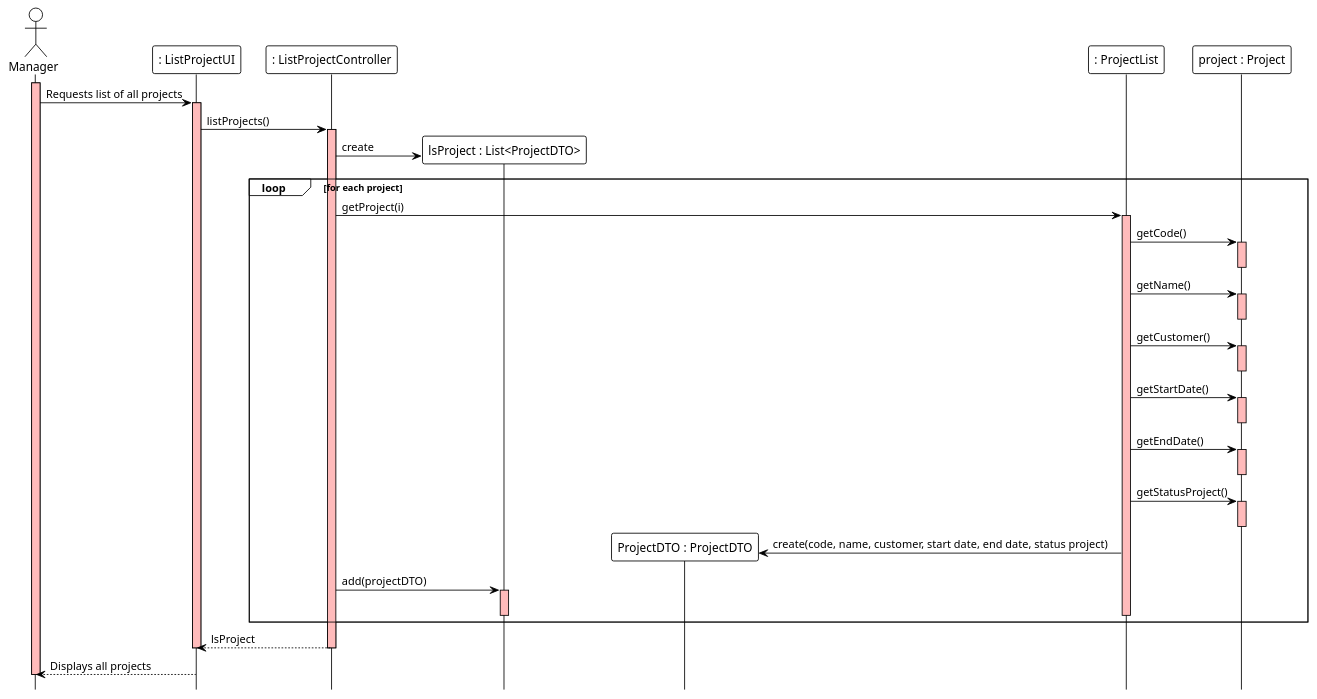
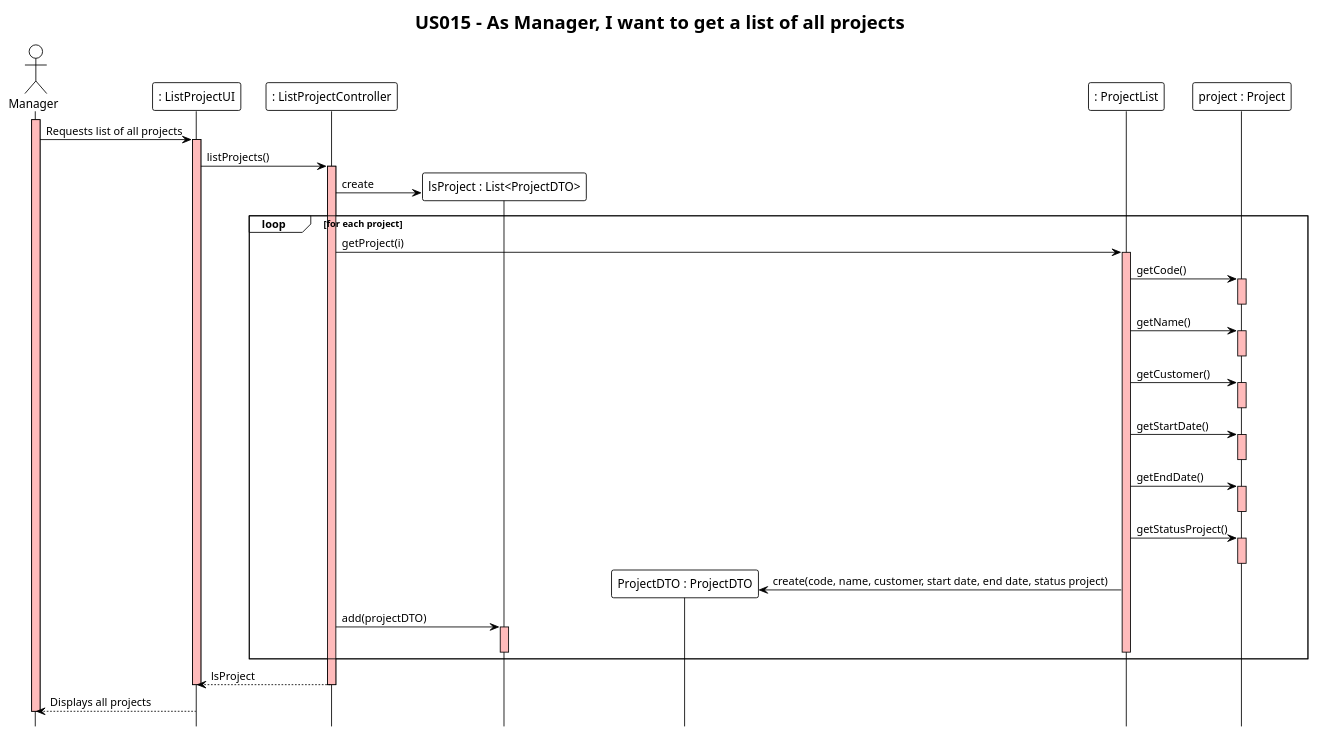
Before and after one commit to ivo-menezes/project_g3: the diagram in docs/modelling_design/user_stories/us015/US015_ListAllProjectsSD.puml, drawn with PlantUML.

Commit message:
US015: Design: ListAllProjectsSD(Title with US name)

```diff
--- a/docs/modelling_design/user_stories/us015/US015_ListAllProjectsSD.puml
+++ b/docs/modelling_design/user_stories/us015/US015_ListAllProjectsSD.puml
@@ -1,59 +1,60 @@
 @startuml
 !theme plain
 hide footbox
+title "US015 - As Manager, I want to get a list of all projects"
 
 actor Manager as Manager
 participant ": ListProjectUI" as UI
 participant ": ListProjectController" as Controller
 participant "lsProject : List<ProjectDTO>" as DTOList
 participant "ProjectDTO : ProjectDTO" as DTO
 participant ": ProjectList" as ProjectList
 participant "project : Project" as project
 
 
 activate Manager #FFBBBB
 Manager ->  UI: Requests list of all projects
 
 activate UI #FFBBBB
 UI -> Controller: listProjects()
 
 activate Controller #FFBBBB
 Controller -> DTOList ** : create
 
 loop for each project
 Controller -> ProjectList : getProject(i)
 activate ProjectList #FFBBBB
 ProjectList -> project : getCode()
 activate project #FFBBBB
 deactivate project
 ProjectList -> project : getName()
 activate project #FFBBBB
 deactivate project
 ProjectList -> project : getCustomer()
 activate project #FFBBBB
 deactivate project
 ProjectList -> project : getStartDate()
 activate project #FFBBBB
 deactivate project
 ProjectList -> project : getEndDate()
 activate project #FFBBBB
 deactivate project
 ProjectList -> project : getStatusProject()
 activate project #FFBBBB
 deactivate project
 
 ProjectList -> DTO ** : create(code, name, customer, start date, end date, status project)
 
 Controller -> DTOList : add(projectDTO)
 activate DTOList #FFBBBB
 deactivate DTOList
 deactivate ProjectList
 end
 
 Controller --> UI : lsProject
 deactivate Controller
 deactivate UI
 
 UI --> Manager: Displays all projects
 deactivate Manager #FFBBBB
 @enduml
```
